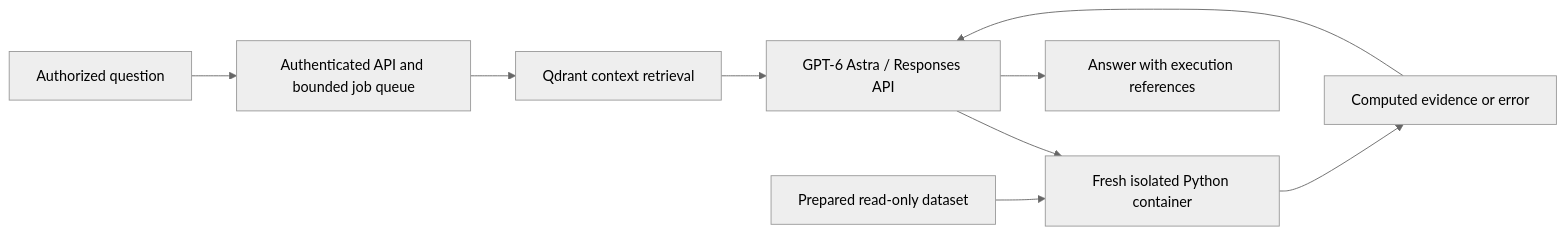
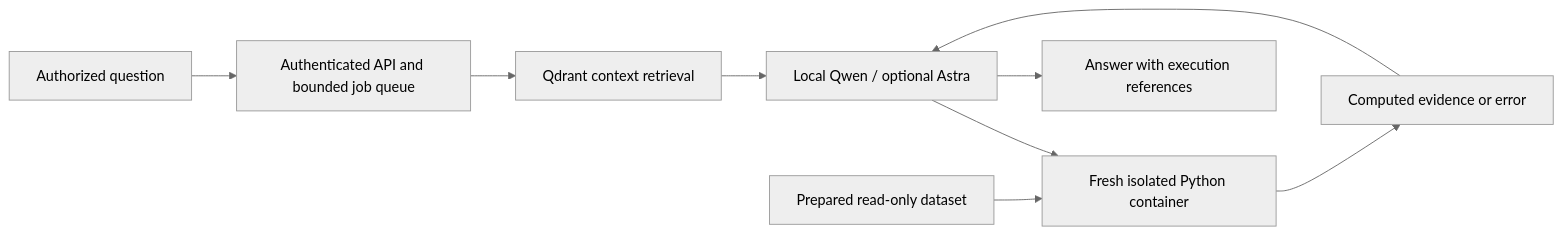
Before and after one commit to sivianil/analytics-investigation-assistant: the diagram in README.md, drawn with Mermaid (neutral theme). The commit also changed other lines of this file and 15 other files, not shown here.

Commit message:
Add local Qwen inference and verified analytics execution

````diff
--- a/README.md
+++ b/README.md
@@ -17,11 +16,11 @@
 ```mermaid
 flowchart LR
     U[Authorized question] --> API[Authenticated API and bounded job queue]
     API --> Q[Qdrant context retrieval]
-    Q --> M[GPT-6 Astra / Responses API]
+    Q --> M[Local Qwen / optional Astra]
     M --> S[Fresh isolated Python container]
     D[Prepared read-only dataset] --> S
     S --> E[Computed evidence or error]
     E --> M
     M --> A[Answer with execution references]
 ```
````
